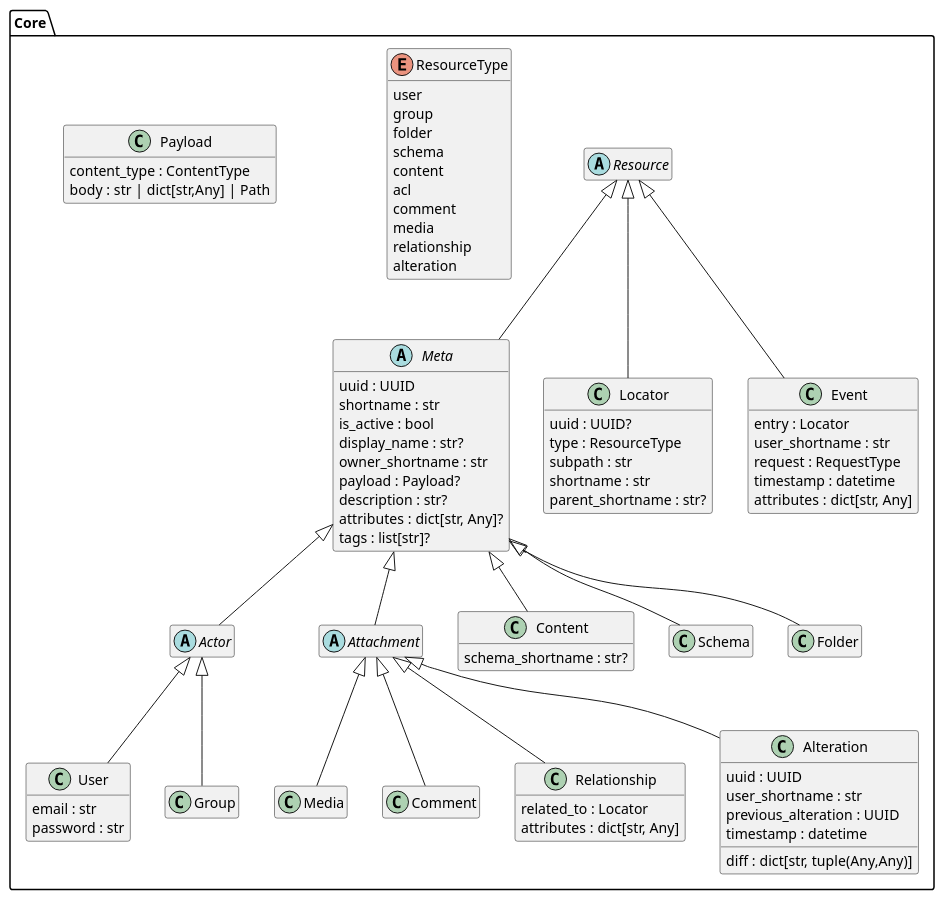
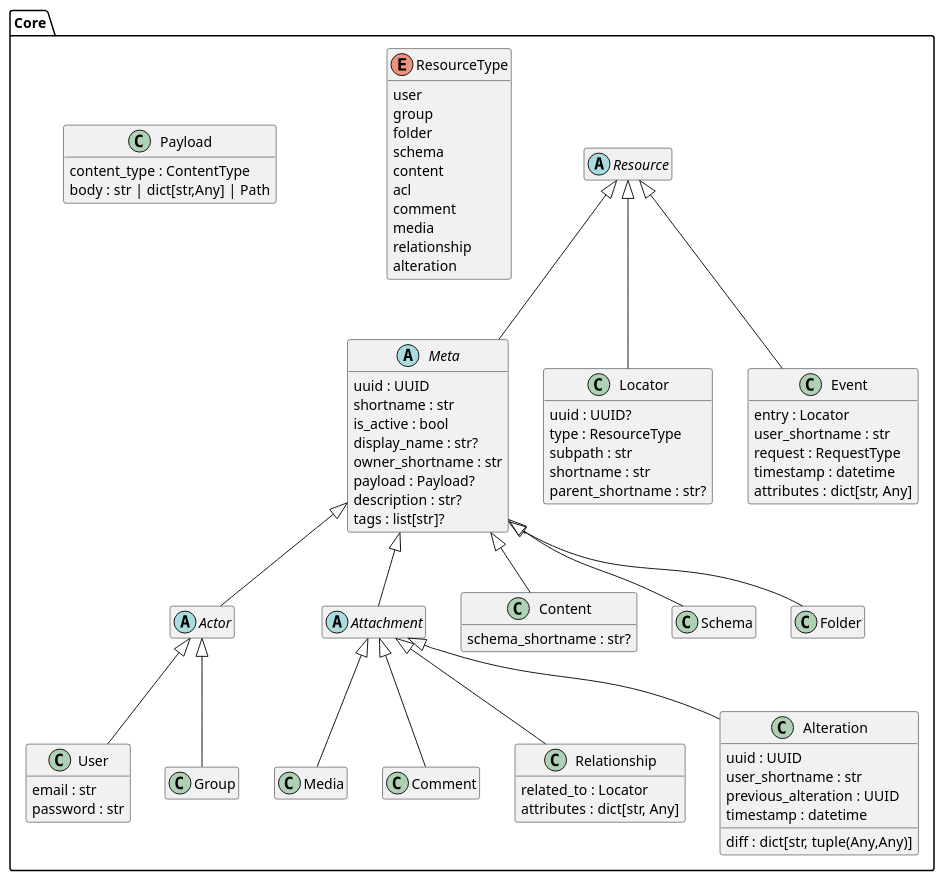
The diagram in docs/models_core.iuml (Taher-web-dev/dmart), drawn with PlantUML before and after one commit. The commit also changed 3 other files, not shown here.

```diff
--- a/docs/models_core.iuml
+++ b/docs/models_core.iuml
@@ -1,102 +1,101 @@
 @startuml
 hide empty members
 package Core {
   abstract class Resource { }
 
   enum ResourceType {
     user
     group
     folder
     schema
     content
     acl
     comment
     media
     relationship
     alteration
   }
 
   abstract class Meta {
     uuid : UUID
     shortname : str
     is_active : bool
     display_name : str?
     owner_shortname : str
     payload : Payload?
     description : str?
-    attributes : dict[str, Any]?
     tags : list[str]?
   }
 
   class Payload {
     content_type : ContentType
     body : str | dict[str,Any] | Path
   }
 
   class Locator {
     uuid : UUID?
     type : ResourceType
     subpath : str
     shortname : str
     parent_shortname : str?
   }
 
   abstract class Actor { }
 
   class User {
     email : str
     password : str
   }
 
   class Group { }
 
   abstract class Attachment { }
 
   class Media { }
 
   class Comment { }
 
   class Relationship {
     related_to : Locator
     attributes : dict[str, Any]
   }
 
   class Content {
     schema_shortname : str?
   }
 
   class Event {
     entry : Locator
     user_shortname : str
     request : RequestType
     timestamp : datetime
     attributes : dict[str, Any]
   }
 
   class Alteration {
     uuid : UUID
     user_shortname : str
     previous_alteration : UUID
     timestamp : datetime
     diff : dict[str, tuple(Any,Any)]
   }
 
   Resource <|-- Meta
   Resource <|-- Locator
   Resource <|-- Event
   Attachment <|-- Alteration
 
   Actor <|-- User
   Actor <|-- Group
   Meta <|-- Actor
   Meta <|-- Schema
   Meta <|-- Content
   Meta <|-- Folder
 
   Meta <|-- Attachment
   Attachment <|-- Comment
   Attachment <|-- Media
   Attachment <|-- Relationship
 
 }
 @enduml
```
